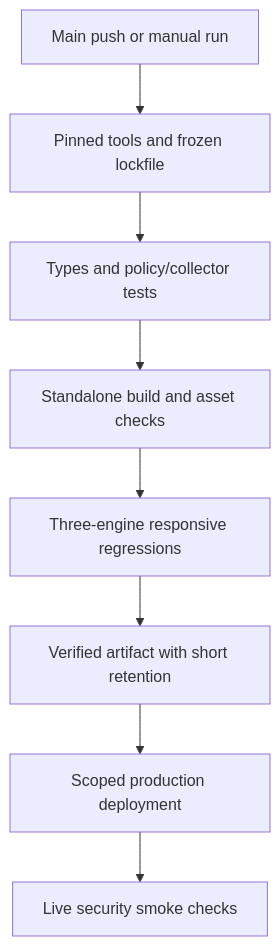
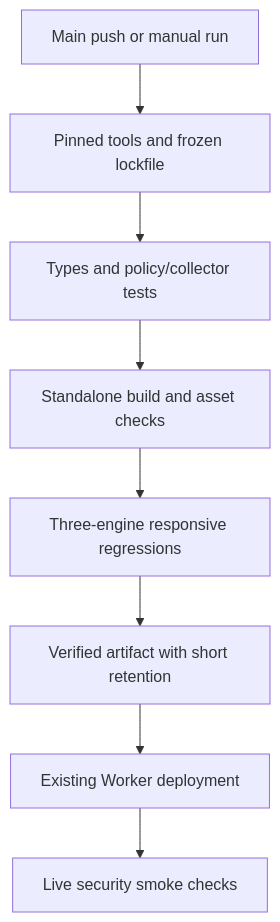
The diagram in docs/DEPLOYMENT.md (Idoheled/StackSignal), drawn with Mermaid before and after one commit. The commit also changed other lines of this file and 5 other files, not shown here.

````diff
--- a/docs/DEPLOYMENT.md
+++ b/docs/DEPLOYMENT.md
@@ -28,10 +34,10 @@
 ```mermaid
 flowchart TD
   Push["Main push or manual run"] --> Install["Pinned tools and frozen lockfile"]
   Install --> Checks["Types and policy/collector tests"]
   Checks --> Build["Standalone build and asset checks"]
   Build --> Browsers["Three-engine responsive regressions"]
   Browsers --> Artifact["Verified artifact with short retention"]
-  Artifact --> Deploy["Scoped production deployment"]
+  Artifact --> Deploy["Existing Worker deployment"]
   Deploy --> Smoke["Live security smoke checks"]
 ```
````
